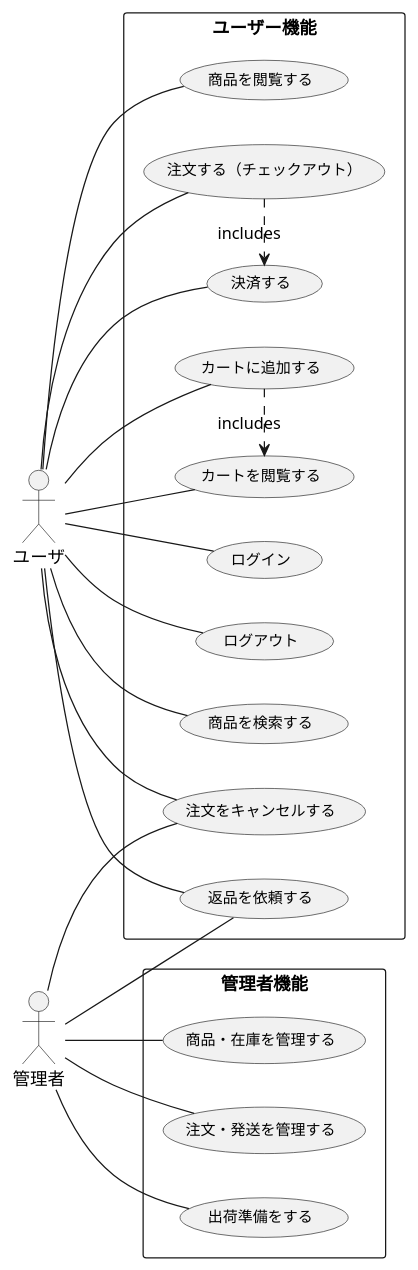
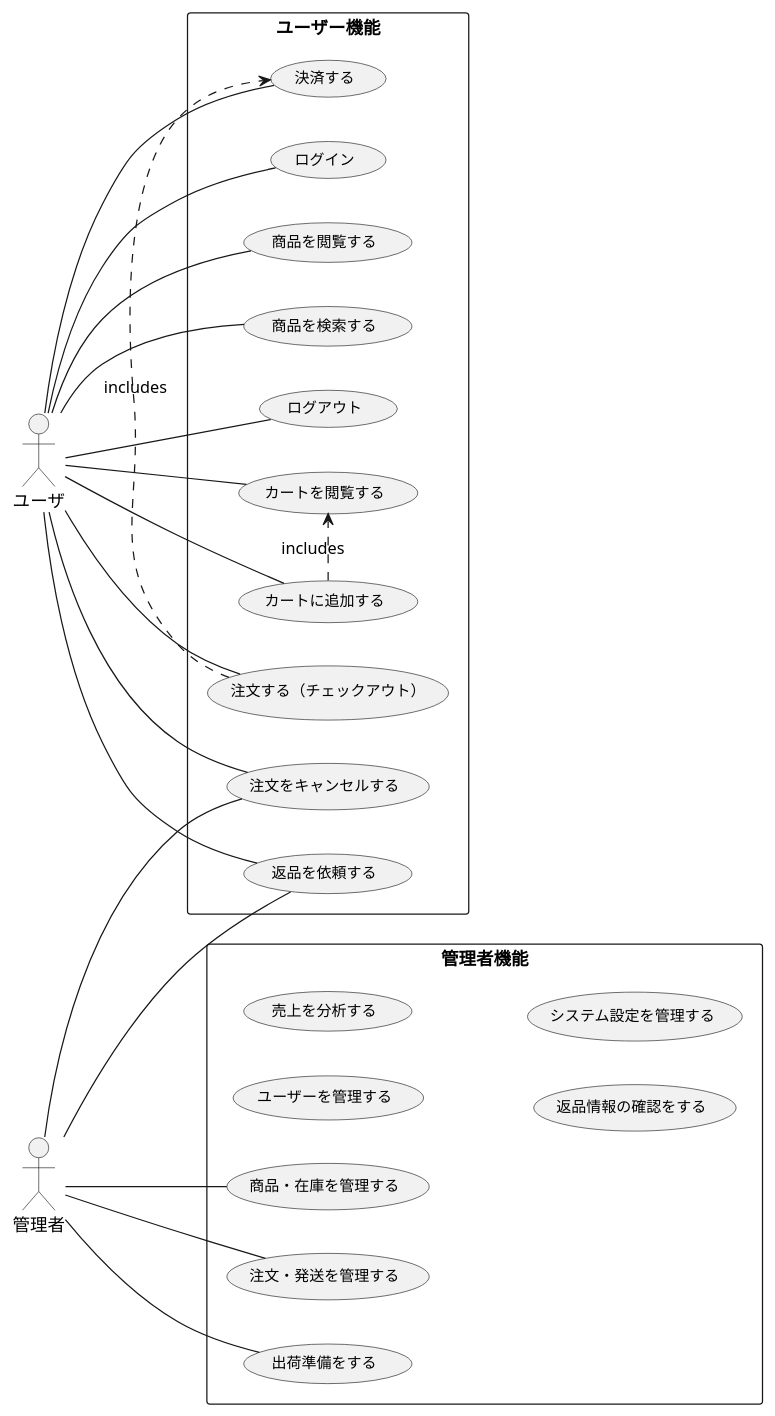
One commit to ghbuser12/ohara_uml changed the diagram in BBshop/usecase.pu. Above: the diagram before and after it, drawn with PlantUML.

```diff
--- a/BBshop/usecase.pu
+++ b/BBshop/usecase.pu
@@ -1,49 +1,53 @@
 @startuml usecase_ec
 left to right direction
 skinparam usecase {
   FontSize 12
 }
 
 actor ユーザ as User
 actor 管理者 as Admin
 
 rectangle "ユーザー機能" {
   usecase UC01 as "ログイン"
   usecase UC02 as "ログアウト"
   usecase UC03 as "商品を検索する"
   usecase UC04 as "商品を閲覧する"
   usecase UC05 as "カートに追加する"
   usecase UC06 as "カートを閲覧する"
   usecase UC07 as "注文する（チェックアウト）"
   usecase UC08 as "注文をキャンセルする"
   usecase UC09 as "返品を依頼する"
   usecase UC10 as "決済する"
 }
 
 rectangle "管理者機能" {
   usecase UC11 as "商品・在庫を管理する"
   usecase UC12 as "注文・発送を管理する"
   usecase UC13 as "出荷準備をする"
+  usecase UC14 as "ユーザーを管理する"
+  usecase UC15 as "売上を分析する"
+  usecase UC16 as "返品情報の確認をする"
+  usecase UC17 as "システム設定を管理する"
 }
 
 User -- UC01
 User -- UC02
 User -- UC03
 User -- UC04
 User -- UC05
 User -- UC06
 User -- UC07
 User -- UC08
 User -- UC09
 User -- UC10
 
 Admin -- UC11
 Admin -- UC12
 Admin -- UC08
 Admin -- UC09
 Admin -- UC13
 
 UC07 .> UC10 : includes
 UC05 .> UC06 : includes
 
 @enduml
```
